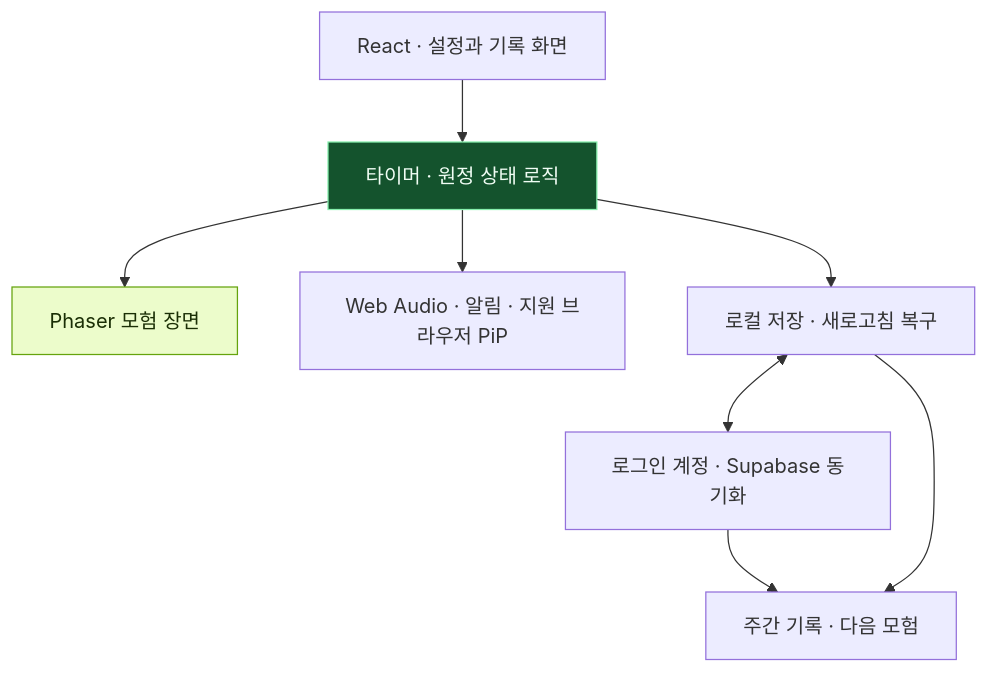
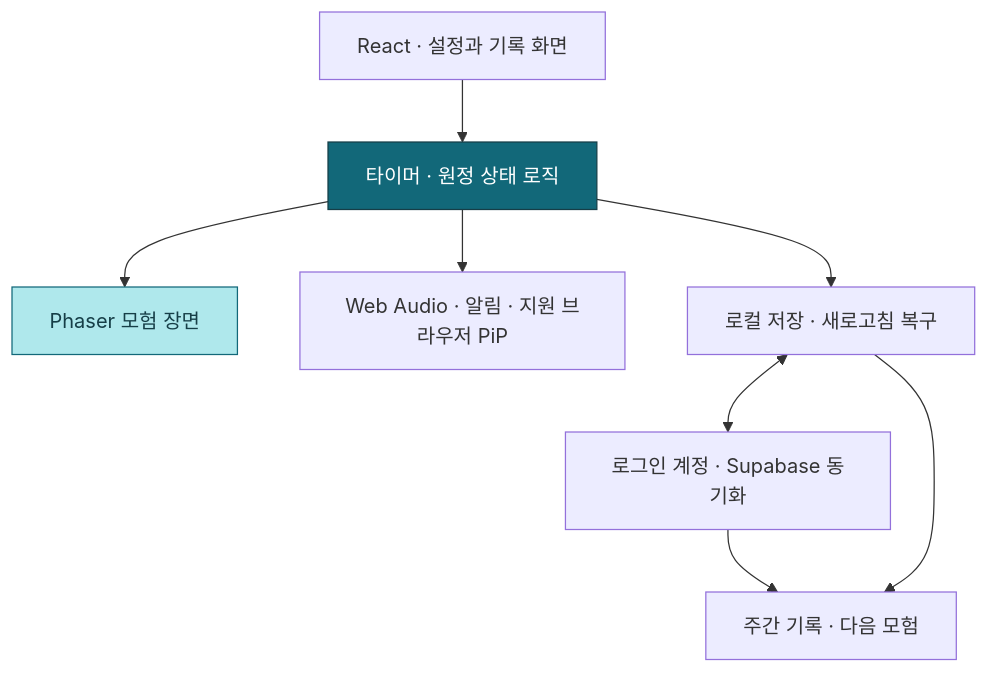
The diagram in README.md (hoya0328/focus-quest), drawn with Mermaid before and after one commit. The commit also changed other lines of this file, not shown here.

````diff
--- a/README.md
+++ b/README.md
@@ -73,12 +84,12 @@
 ```mermaid
 flowchart TD
     U["React · 설정과 기록 화면"] --> S["타이머 · 원정 상태 로직"]
     S --> P["Phaser 모험 장면"]
     S --> A["Web Audio · 알림 · 지원 브라우저 PiP"]
     S --> L["로컬 저장 · 새로고침 복구"]
     L <--> C["로그인 계정 · Supabase 동기화"]
     C --> R["주간 기록 · 다음 모험"]
     L --> R
-    style S fill:#14532d,color:#f0fdf4,stroke:#86efac
-    style P fill:#ecfccb,color:#1a2e05,stroke:#65a30d
+    style S fill:#126879,color:#ffffff,stroke:#163e47
+    style P fill:#afe8ec,color:#163e47,stroke:#126879
 ```
````
